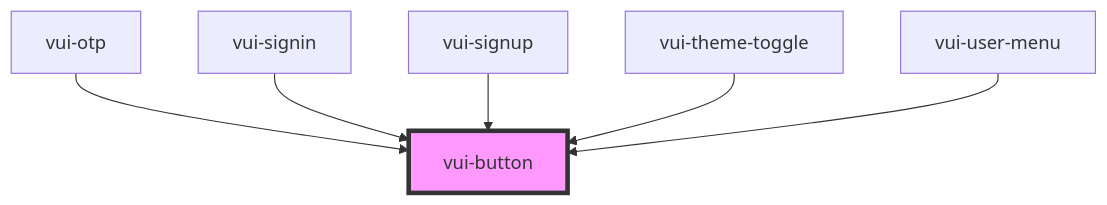
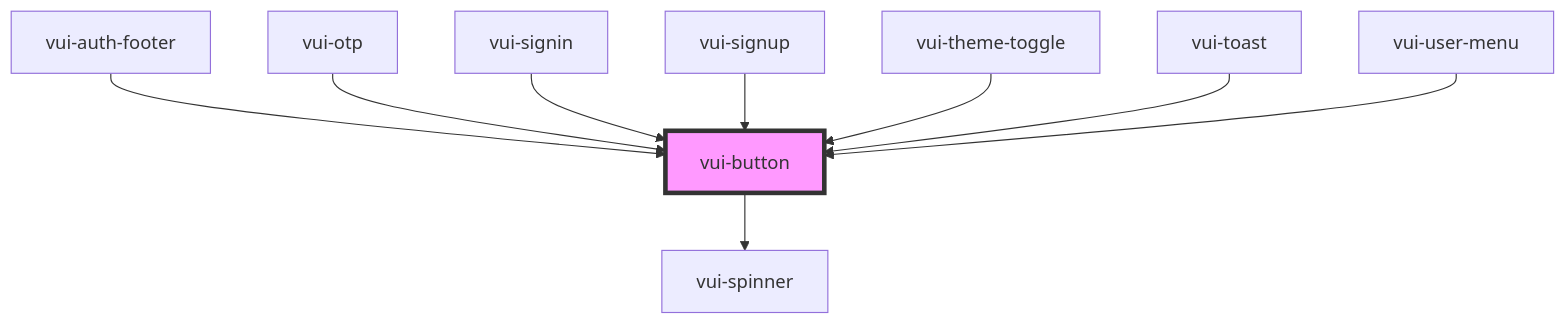
Before and after one commit to verite-team/verite-elements: the diagram in packages/stencil-library/src/components/button/readme.md, drawn with Mermaid. The commit also changed other lines of this file and 28 other files, not shown here.

````diff
--- a/packages/stencil-library/src/components/button/readme.md
+++ b/packages/stencil-library/src/components/button/readme.md
@@ -46,9 +52,12 @@
 ```mermaid
 graph TD;
+  vui-button --> vui-spinner
+  vui-auth-footer --> vui-button
   vui-otp --> vui-button
   vui-signin --> vui-button
   vui-signup --> vui-button
   vui-theme-toggle --> vui-button
+  vui-toast --> vui-button
   vui-user-menu --> vui-button
   style vui-button fill:#f9f,stroke:#333,stroke-width:4px
 ```
````
